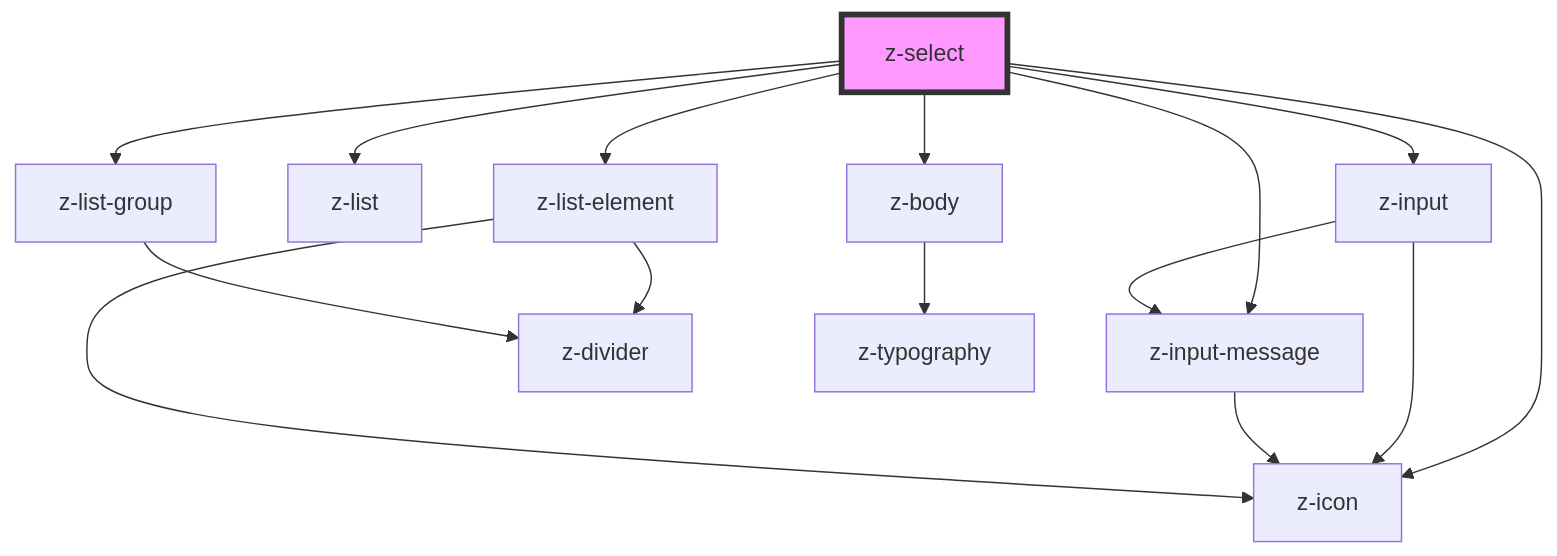
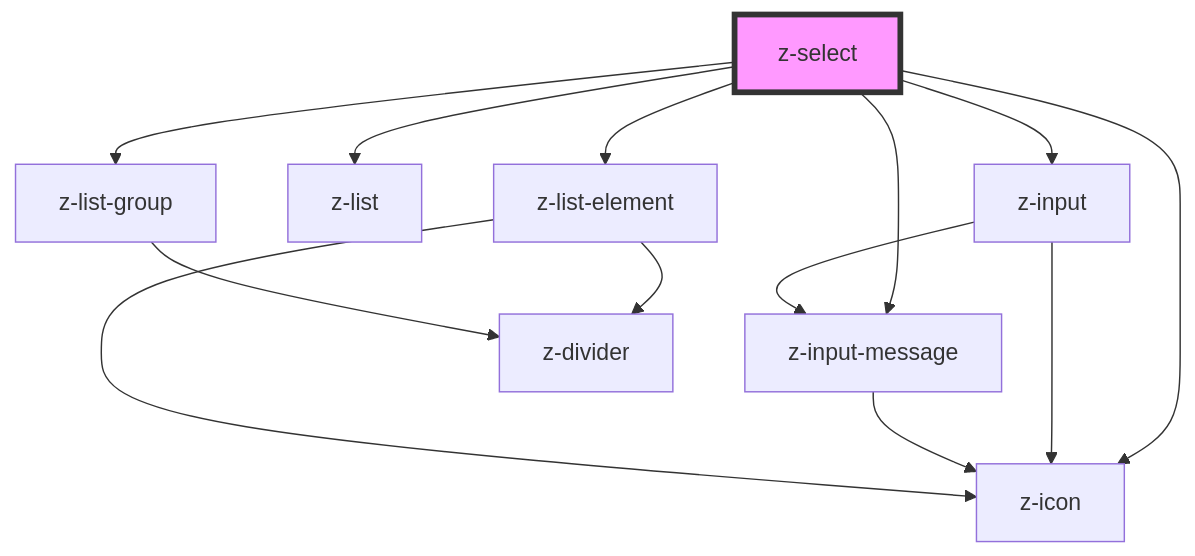
The diagram in src/components/inputs/z-select/readme.md (ZanichelliEditore/design-system), drawn with Mermaid before and after one commit. The commit also changed other lines of this file and 7 other files, not shown here.

````diff
--- a/src/components/inputs/z-select/readme.md
+++ b/src/components/inputs/z-select/readme.md
@@ -82,18 +81,16 @@
 ```mermaid
 graph TD;
   z-select --> z-input
   z-select --> z-list
   z-select --> z-list-element
   z-select --> z-icon
   z-select --> z-list-group
-  z-select --> z-body
   z-select --> z-input-message
   z-input --> z-icon
   z-input --> z-input-message
   z-input-message --> z-icon
   z-list-element --> z-icon
   z-list-element --> z-divider
   z-list-group --> z-divider
-  z-body --> z-typography
   style z-select fill:#f9f,stroke:#333,stroke-width:4px
 ```
````
